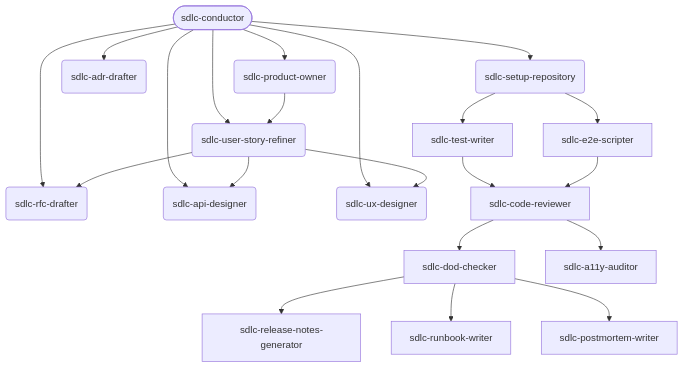
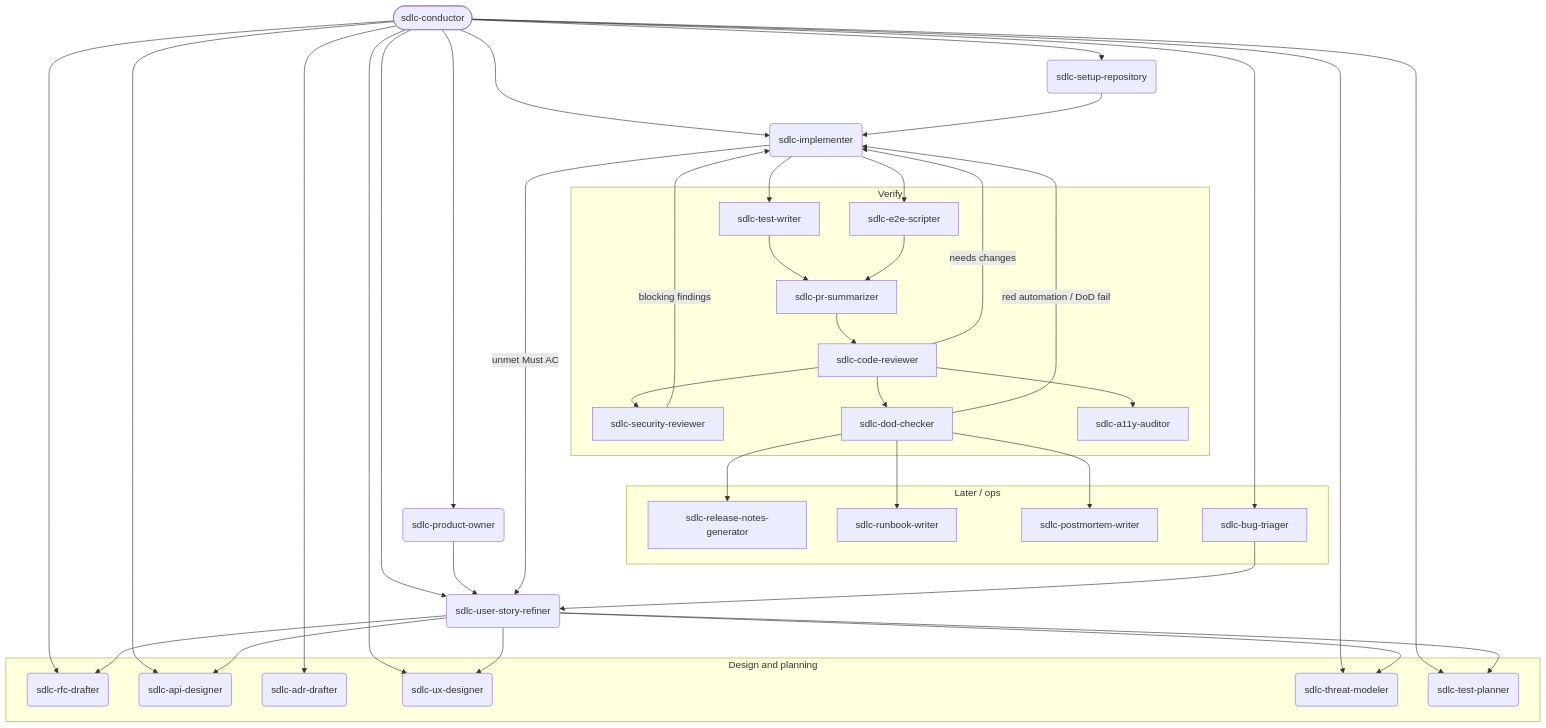
The diagram in mcp-server/data/templates/lifecycle_pipeline.md (mjbvilhena/ai-sdlc-harness), drawn with Mermaid before and after one commit. The commit also changed other lines of this file and 33 other files, not shown here.

First line of the commit message:
docs: name lifecycle skills, add implementer/test-planner, and draw re-entry loops (#24)

````diff
--- a/mcp-server/data/templates/lifecycle_pipeline.md
+++ b/mcp-server/data/templates/lifecycle_pipeline.md
@@ -27,49 +27,80 @@
 ```mermaid
 flowchart TD
     %% Parent Node
     Conductor([sdlc-conductor])
 
-    %% Middle Nodes
     PO(sdlc-product-owner)
     Refiner(sdlc-user-story-refiner)
-    RFC(sdlc-rfc-drafter)
-    API(sdlc-api-designer)
-    ADR(sdlc-adr-drafter)
-    UX(sdlc-ux-designer)
+
+    subgraph DesignPlanning["Design and planning"]
+        RFC(sdlc-rfc-drafter)
+        API(sdlc-api-designer)
+        ADR(sdlc-adr-drafter)
+        UX(sdlc-ux-designer)
+        Threat(sdlc-threat-modeler)
+        TestPlanner(sdlc-test-planner)
+    end
+
     Setup(sdlc-setup-repository)
+    Implementer(sdlc-implementer)
 
-    %% Leaf Nodes
-    TestWriter[sdlc-test-writer]
-    E2E[sdlc-e2e-scripter]
-    CodeReviewer[sdlc-code-reviewer]
-    DoD[sdlc-dod-checker]
-    A11y[sdlc-a11y-auditor]
-    Release[sdlc-release-notes-generator]
-    Runbook[sdlc-runbook-writer]
-    Postmortem[sdlc-postmortem-writer]
+    subgraph Verify["Verify"]
+        TestWriter[sdlc-test-writer]
+        E2E[sdlc-e2e-scripter]
+        PRSum[sdlc-pr-summarizer]
+        CodeReviewer[sdlc-code-reviewer]
+        SecReview[sdlc-security-reviewer]
+        DoD[sdlc-dod-checker]
+        A11y[sdlc-a11y-auditor]
+    end
+
+    subgraph LaterOps["Later / ops"]
+        Release[sdlc-release-notes-generator]
+        Runbook[sdlc-runbook-writer]
+        Postmortem[sdlc-postmortem-writer]
+        Triage[sdlc-bug-triager]
+    end
 
     %% Hierarchy / Execution flow
     Conductor --> PO
     Conductor --> Refiner
     Conductor --> RFC
     Conductor --> API
     Conductor --> ADR
     Conductor --> UX
+    Conductor --> Threat
+    Conductor --> TestPlanner
     Conductor --> Setup
-    
+    Conductor --> Implementer
+
     PO --> Refiner
     Refiner --> RFC
     Refiner --> API
     Refiner --> UX
-    
-    Setup --> TestWriter
-    Setup --> E2E
-    TestWriter --> CodeReviewer
-    E2E --> CodeReviewer
+    Refiner --> Threat
+    Refiner --> TestPlanner
+
+    Setup --> Implementer
+    Implementer --> TestWriter
+    Implementer --> E2E
+    TestWriter --> PRSum
+    E2E --> PRSum
+    PRSum --> CodeReviewer
+    CodeReviewer --> SecReview
     CodeReviewer --> DoD
     CodeReviewer --> A11y
-    
+
     DoD --> Release
     DoD --> Runbook
     DoD --> Postmortem
+
+    %% Re-entry loops — max 3 for the same slice, then escalate to the human
+    DoD -->|"red automation / DoD fail"| Implementer
+    CodeReviewer -->|"needs changes"| Implementer
+    SecReview -->|"blocking findings"| Implementer
+    Implementer -->|"unmet Must AC"| Refiner
+
+    %% Intake / re-entry — not the setup-to-tests happy path
+    Conductor --> Triage
+    Triage --> Refiner
 ```
````
